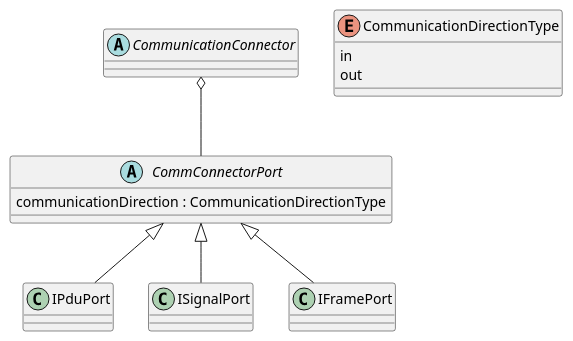
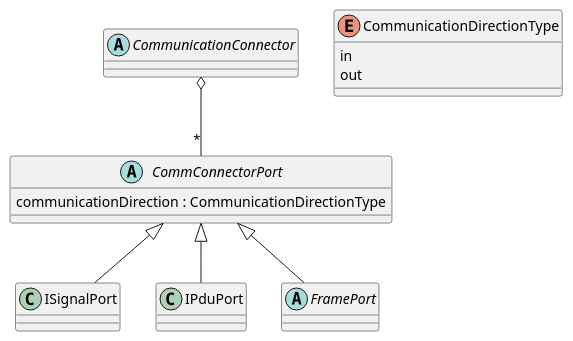
One commit to hazemanwer2000/knowledge-base changed the fourth of 6 diagrams in vault-base/AUTOSAR-ECU-Extract.md. Above: the diagram before and after it, drawn with PlantUML. The commit also changed other lines of this file and 1 other file, not shown here.

````diff
--- a/vault-base/AUTOSAR-ECU-Extract.md
+++ b/vault-base/AUTOSAR-ECU-Extract.md
@@ -53,14 +53,15 @@
 ```plantuml
 abstract CommunicationConnector
 abstract CommConnectorPort {
 	communicationDirection : CommunicationDirectionType
 }
 enum CommunicationDirectionType {
 	in
 	out
 }
-CommunicationConnector o-- CommConnectorPort
+CommunicationConnector o-- "*" CommConnectorPort
+CommConnectorPort <|-- ISignalPort
 CommConnectorPort <|-- IPduPort
-CommConnectorPort <|-- ISignalPort
-CommConnectorPort <|-- IFramePort
+abstract FramePort
+CommConnectorPort <|-- FramePort
 ```
````
